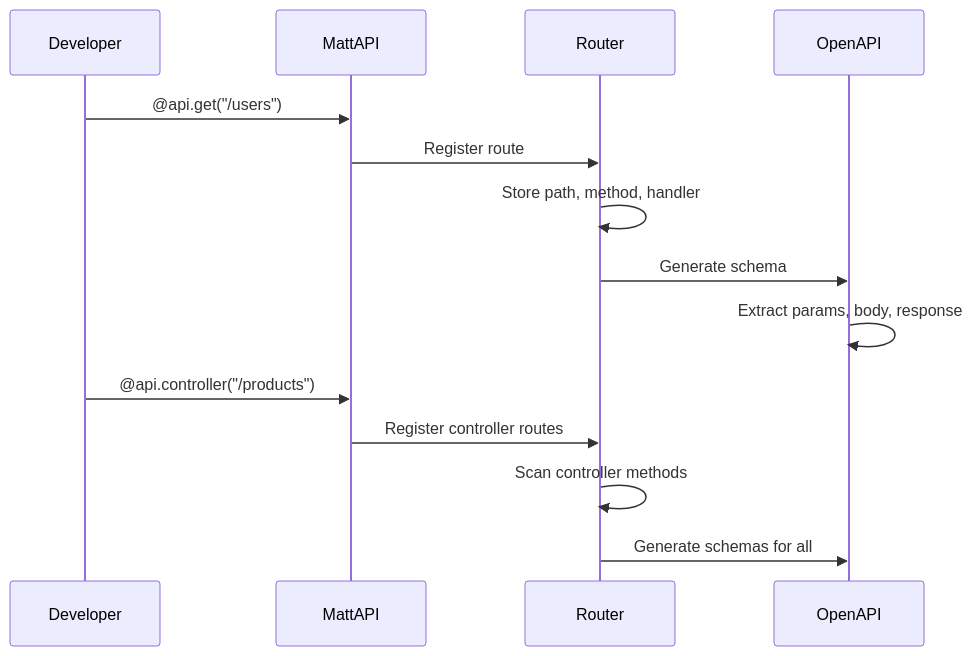
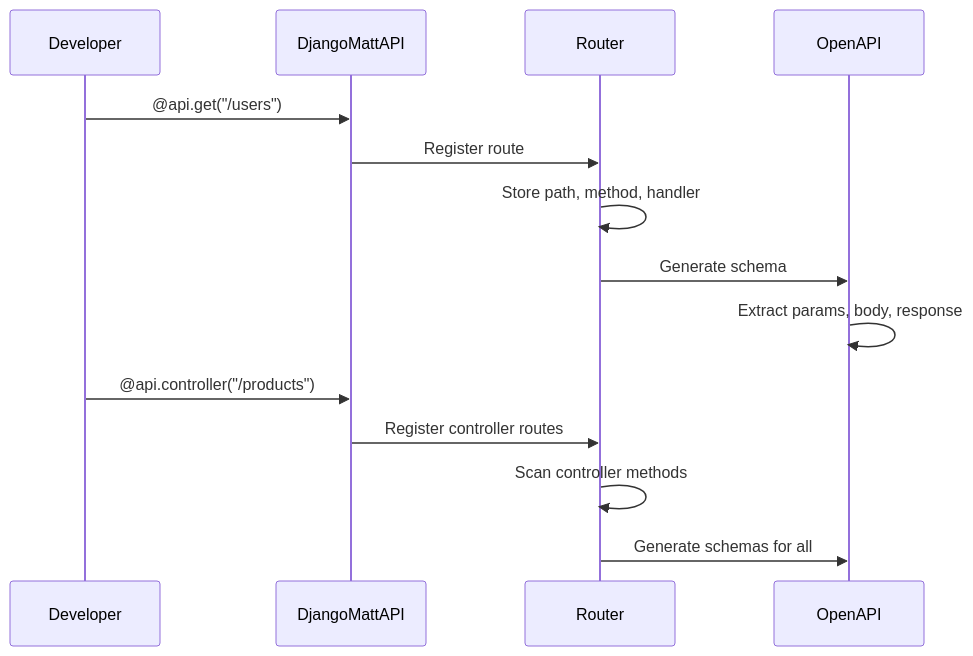
One commit to mattjaikaran/django-matt changed the second of 5 diagrams in docs/architecture/core.md. Above: the diagram before and after it, drawn with Mermaid. The commit also changed other lines of this file and 122 other files, not shown here.

First line of the commit message:
refactor: rename MattAPI to DjangoMattAPI, update controller docs

````diff
--- a/docs/architecture/core.md
+++ b/docs/architecture/core.md
@@ -64,18 +64,18 @@
 ```mermaid
 sequenceDiagram
     participant D as Developer
-    participant A as MattAPI
+    participant A as DjangoMattAPI
     participant R as Router
     participant O as OpenAPI
 
     D->>A: @api.get("/users")
     A->>R: Register route
     R->>R: Store path, method, handler
     R->>O: Generate schema
     O->>O: Extract params, body, response
 
     D->>A: @api.controller("/products")
     A->>R: Register controller routes
     R->>R: Scan controller methods
     R->>O: Generate schemas for all
 ```
````
